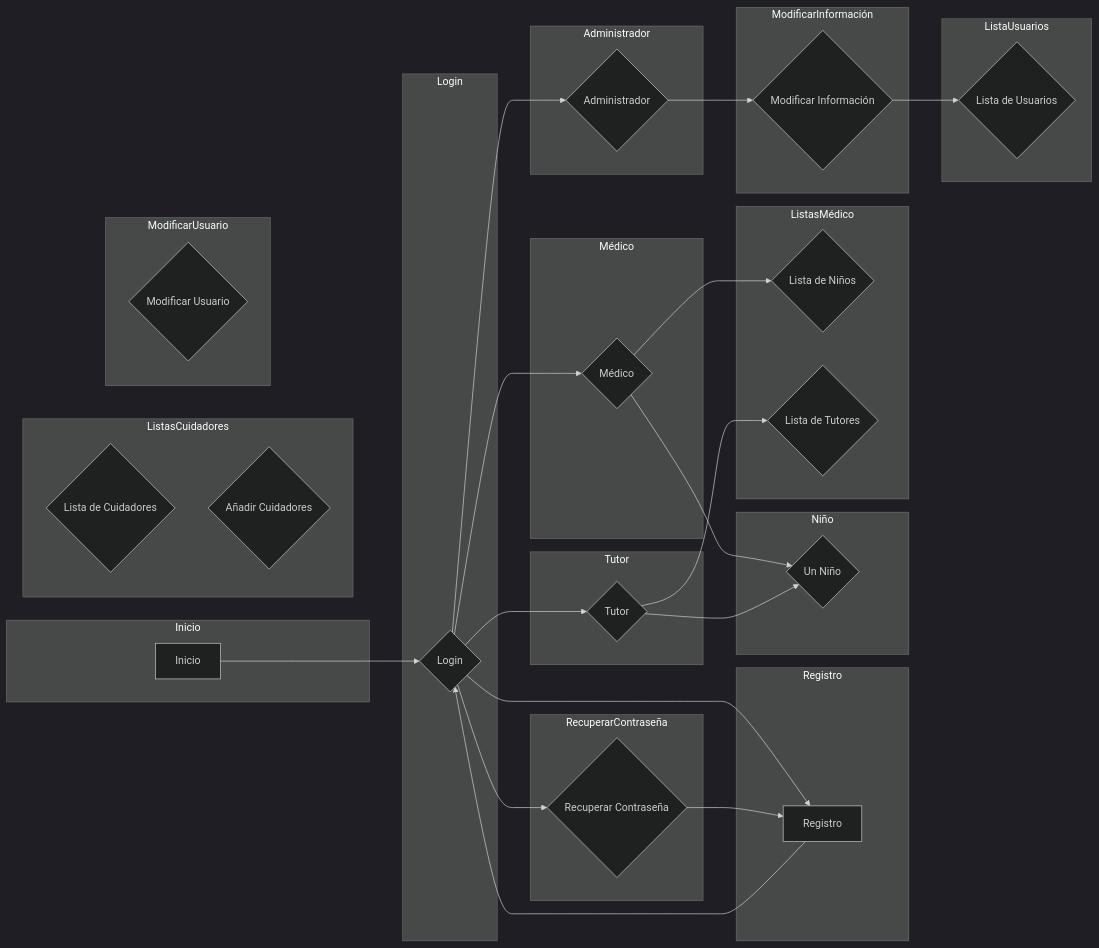
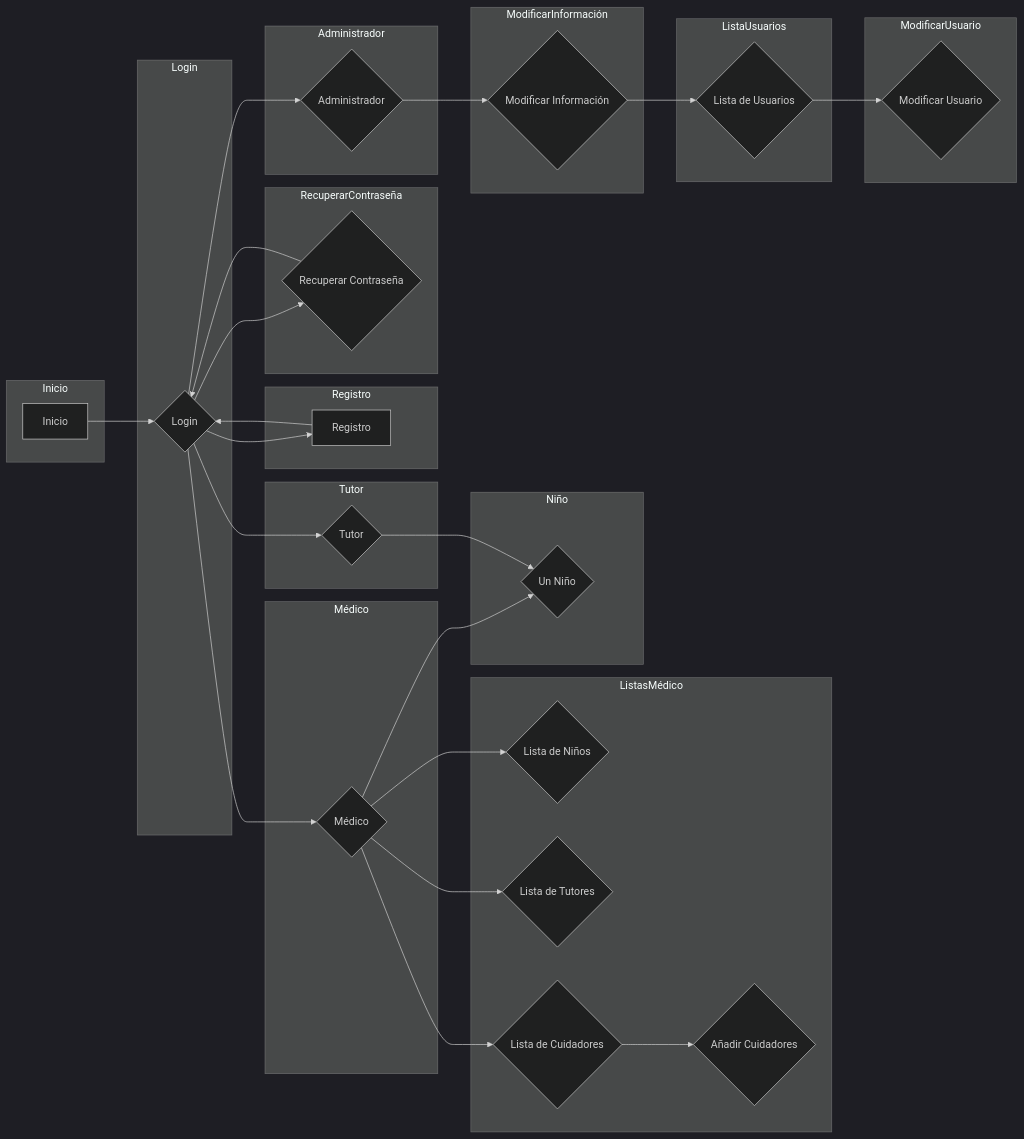
Before and after one commit to mactiburon/tapatapp: the diagram in Diagramavistalogica.mermaid, drawn with Mermaid (dark theme).

Commit message:
DiagramaVistaLogica.mermaid

```diff
--- a/Diagramavistalogica.mermaid
+++ b/Diagramavistalogica.mermaid
@@ -1,57 +1,58 @@
 graph LR
     subgraph Inicio
         A[Inicio]
     end
     subgraph Login
         B{Login}
     end
     subgraph Registro
         C[Registro]
     end
     subgraph RecuperarContraseña
         D{Recuperar Contraseña}
     end
     subgraph Administrador
         E{Administrador}
     end
     subgraph Médico
         F{Médico}
     end
     subgraph Tutor
         G{Tutor}
     end
     subgraph Niño
         H{Un Niño}
     end
     subgraph ListasMédico
         I{Lista de Niños}
         J{Lista de Tutores}
-    end
-    subgraph ListasCuidadores
-        O{Lista de Cuidadores}
-        P{Añadir Cuidadores}
+        K{Lista de Cuidadores}
+        L{Añadir Cuidadores}
     end
     subgraph ModificarInformación
-        L{Modificar Información}
+        M{Modificar Información}
     end
     subgraph ListaUsuarios
-        M{Lista de Usuarios}
+        N{Lista de Usuarios}
     end
     subgraph ModificarUsuario
-        N{Modificar Usuario}
+        O{Modificar Usuario}
     end
 
     A --> B
     B --> C
     B --> D
     C --> B
-    D --> C
+    D --> B
     B --> E
     B --> F
     B --> G
     F --> H
     G --> H
     F --> I
-    G --> J
-    E --> L
-    L --> M
+    F --> J
+    F --> K
+    K --> L
+    E --> M
+    M --> N
+    N --> O
```
